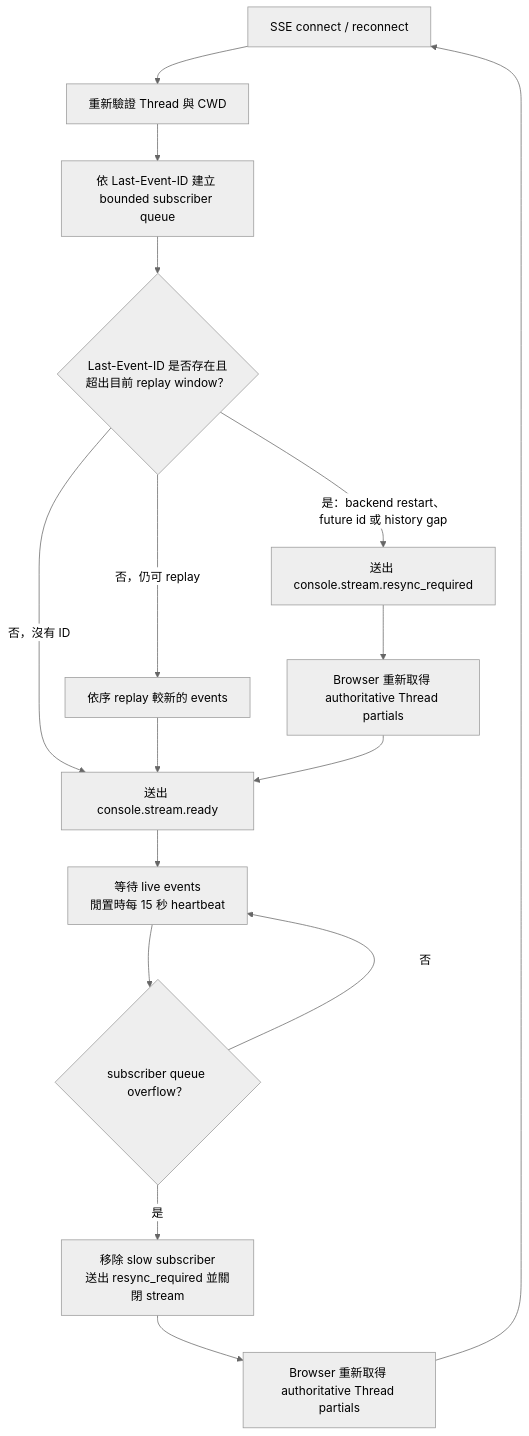
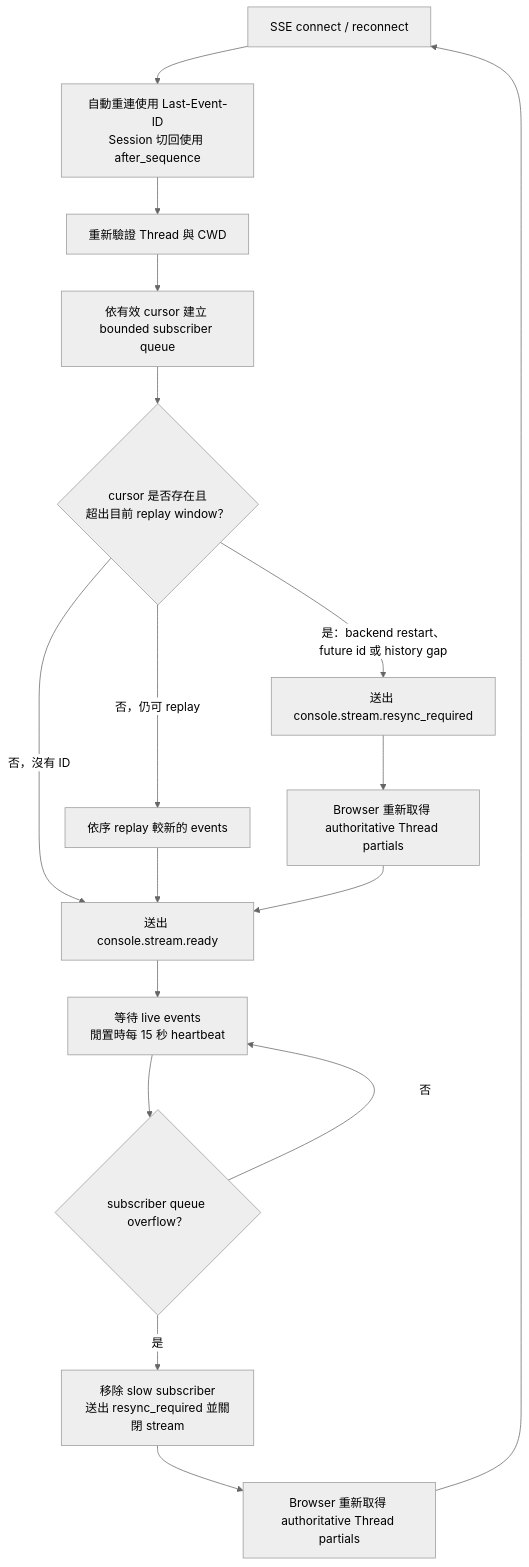
Before and after one commit to sevenjay/agent_app_server: the fifth of 5 diagrams in docs/flows.md, drawn with Mermaid (neutral theme). The commit also changed other lines of this file and 10 other files, not shown here.

Commit message:
feat: replay session events after switching

````diff
--- a/docs/flows.md
+++ b/docs/flows.md
@@ -180,18 +180,19 @@
 ```mermaid
 flowchart TD
-    connect["SSE connect / reconnect"] --> auth["重新驗證 Thread 與 CWD"]
-    auth --> subscribe["依 Last-Event-ID 建立 bounded subscriber queue"]
-    subscribe --> range{"Last-Event-ID 是否存在且<br/>超出目前 replay window？"}
+    connect["SSE connect / reconnect"] --> cursor["自動重連使用 Last-Event-ID<br/>Session 切回使用 after_sequence"]
+    cursor --> auth["重新驗證 Thread 與 CWD"]
+    auth --> subscribe["依有效 cursor 建立 bounded subscriber queue"]
+    subscribe --> range{"cursor 是否存在且<br/>超出目前 replay window？"}
     range -->|否，沒有 ID| ready["送出 console.stream.ready"]
     range -->|否，仍可 replay| replay["依序 replay 較新的 events"]
     replay --> ready
     range -->|是：backend restart、future id 或 history gap| resync["送出 console.stream.resync_required"]
     resync --> refresh["Browser 重新取得 authoritative Thread partials"]
     refresh --> ready
     ready --> live["等待 live events<br/>閒置時每 15 秒 heartbeat"]
     live --> overflow{"subscriber queue overflow？"}
     overflow -->|否| live
     overflow -->|是| drop["移除 slow subscriber<br/>送出 resync_required 並關閉 stream"]
     drop --> refresh_closed["Browser 重新取得 authoritative Thread partials"]
     refresh_closed --> connect
 ```
````
